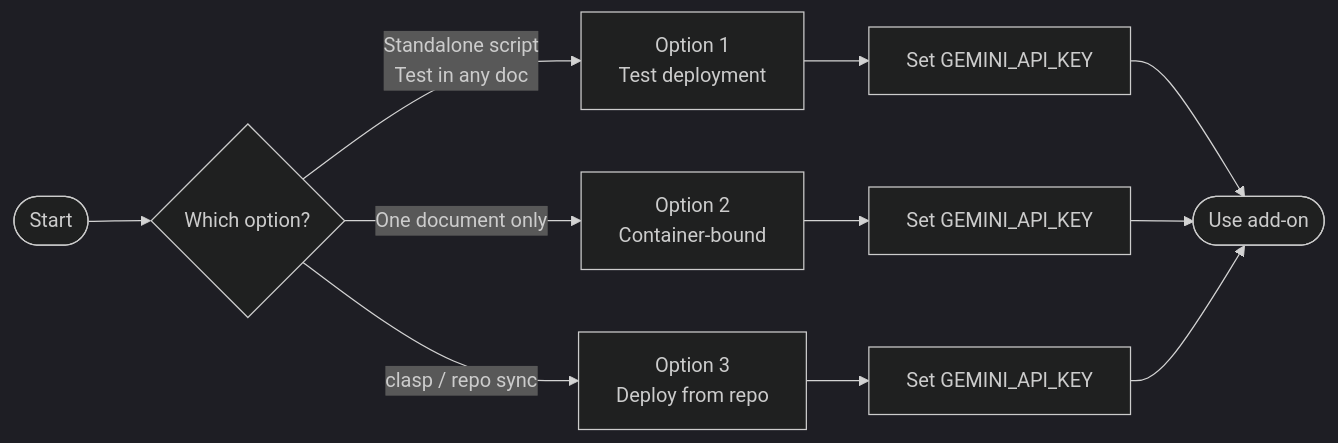
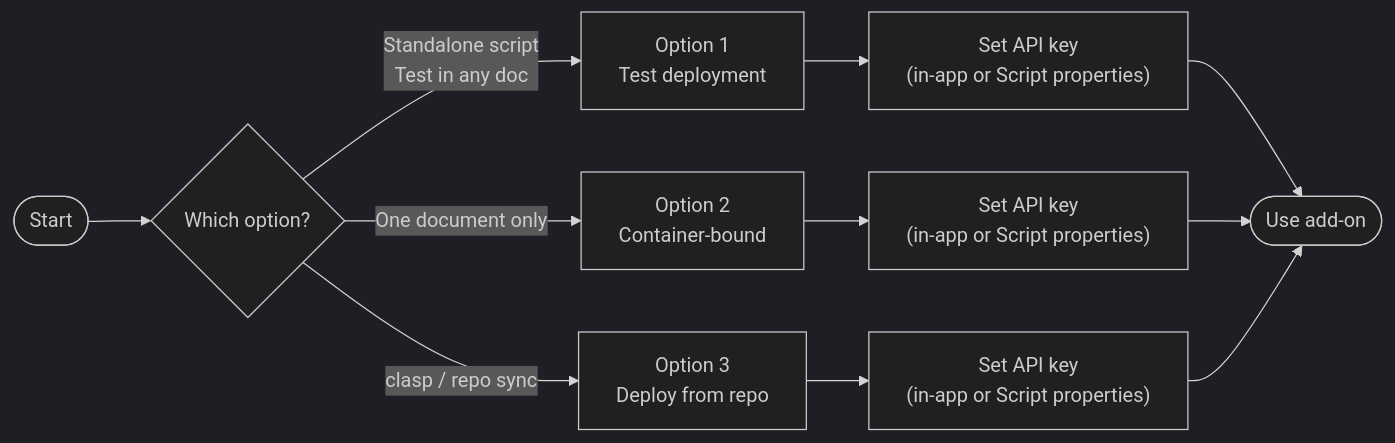
One commit to dekochka/geneascript-gdoc-addon changed the first of 4 diagrams in docs/INSTALLATION.md. Above: the diagram before and after it, drawn with Mermaid (dark theme). The commit also changed other lines of this file and 7 other files, not shown here.

First line of the commit message:
feat: in-flow API key setup, multi-part response fix, UX improvements

````diff
--- a/docs/INSTALLATION.md
+++ b/docs/INSTALLATION.md
@@ -7,13 +7,13 @@
 ```mermaid
 flowchart LR
   Start([Start]) --> Choose{Which option?}
   Choose -->|Standalone script<br/>Test in any doc| O1[Option 1<br/>Test deployment]
   Choose -->|One document only| O2[Option 2<br/>Container-bound]
   Choose -->|clasp / repo sync| O3[Option 3<br/>Deploy from repo]
-  O1 --> Key1[Set GEMINI_API_KEY]
-  O2 --> Key2[Set GEMINI_API_KEY]
-  O3 --> Key3[Set GEMINI_API_KEY]
+  O1 --> Key1["Set API key<br/>(in-app or Script properties)"]
+  O2 --> Key2["Set API key<br/>(in-app or Script properties)"]
+  O3 --> Key3["Set API key<br/>(in-app or Script properties)"]
   Key1 --> Done([Use add-on])
   Key2 --> Done
   Key3 --> Done
 ```
````
